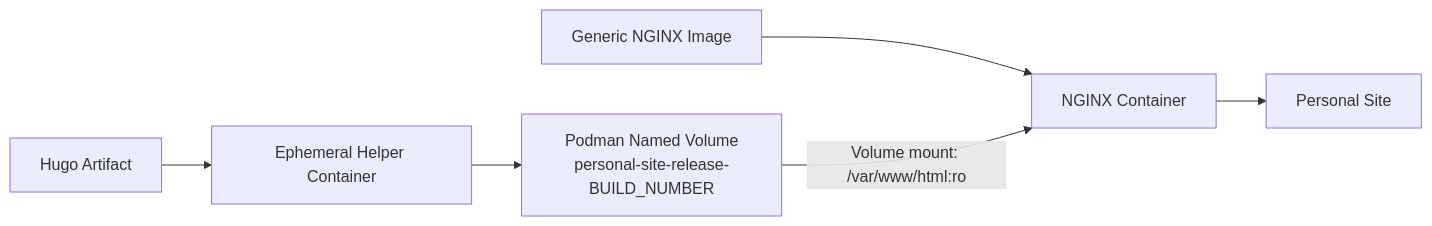
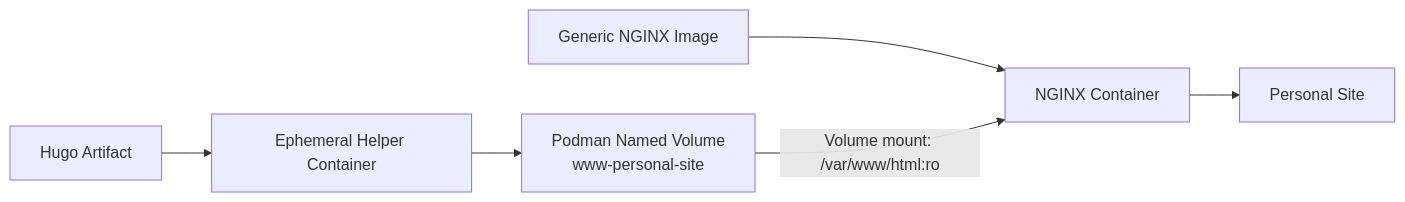
The diagram in docs/adr/personal-site/adr-records/PS-ADR-0012.md (edkas07-oss/devops-handbook), drawn with Mermaid before and after one commit. The commit also changed other lines of this file and 80 other files, not shown here.

````diff
--- a/docs/adr/personal-site/adr-records/PS-ADR-0012.md
+++ b/docs/adr/personal-site/adr-records/PS-ADR-0012.md
@@ -40,8 +40,8 @@
 ```mermaid
 flowchart LR
     Artifact["Hugo Artifact"] --> Populate["Ephemeral Helper Container"]
-    Populate --> Release["Podman Named Volume<br/>personal-site-release-BUILD_NUMBER"]
+    Populate --> Release["Podman Named Volume<br/>www-personal-site"]
     Image["Generic NGINX Image"] --> Container["NGINX Container"]
     Release -->|Volume mount: /var/www/html:ro| Container
     Container --> Website["Personal Site"]
 ```
````
